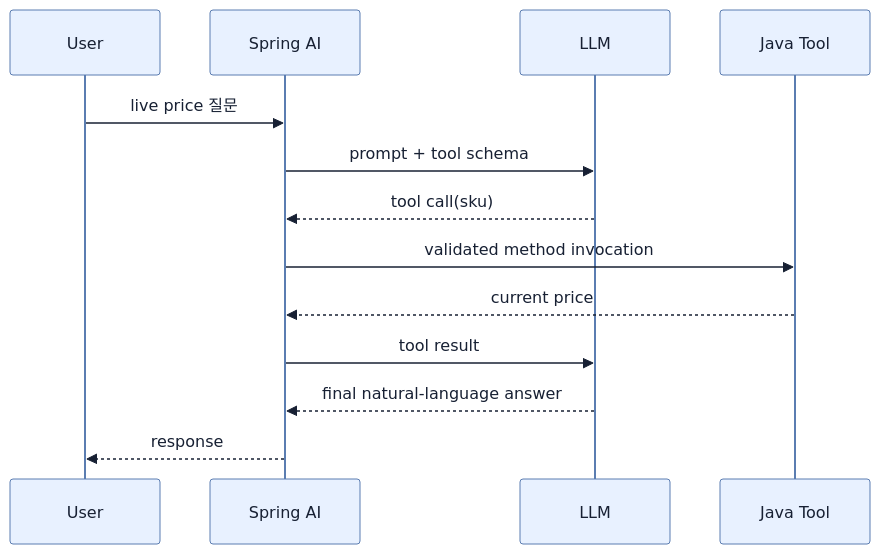
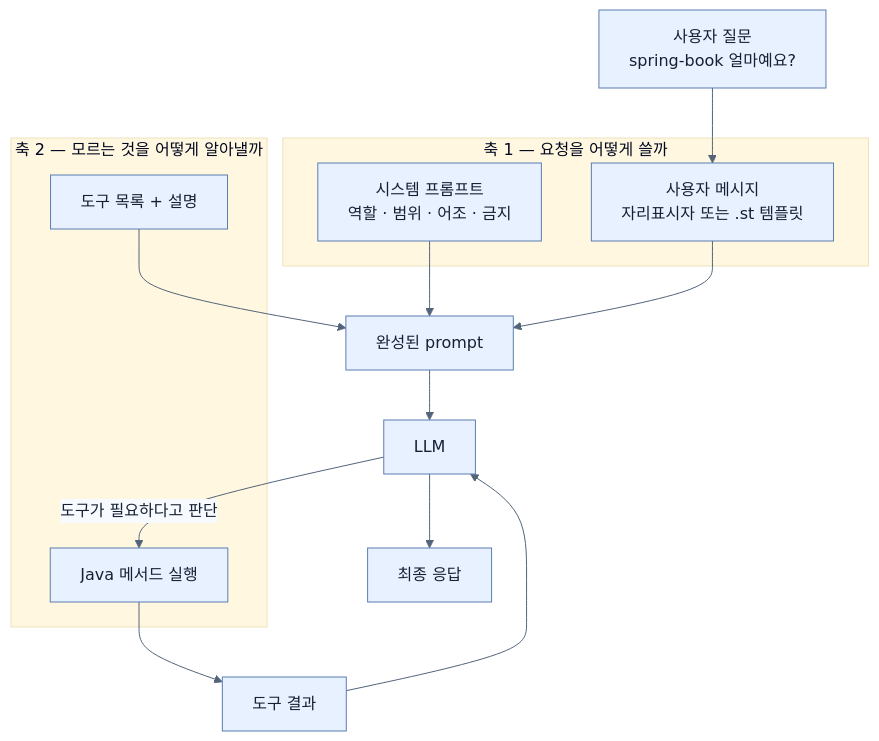
Before and after one commit to sing-u8/Learning_Spring_Boot_4: the diagram in spring-boot-4-pdf-notes/part-6-building-intelligent-applications-with-spring-ai/chapter-14-building-intelligent-applications-with-spring-ai/04-designing-prompts-and-tool-calling.md, drawn with Mermaid. The commit also changed other lines of this file and 253 other files, not shown here.

````diff
--- a/spring-boot-4-pdf-notes/part-6-building-intelligent-applications-with-spring-ai/chapter-14-building-intelligent-applications-with-spring-ai/04-designing-prompts-and-tool-calling.md
+++ b/spring-boot-4-pdf-notes/part-6-building-intelligent-applications-with-spring-ai/chapter-14-building-intelligent-applications-with-spring-ai/04-designing-prompts-and-tool-calling.md
@@ -41,16 +84,25 @@
 ```mermaid
 %%{init: {'theme': 'base', 'themeVariables': {'background': '#ffffff', 'primaryColor': '#e8f1ff', 'primaryTextColor': '#172033', 'primaryBorderColor': '#5b7db1', 'lineColor': '#52647a', 'secondaryColor': '#f7fbff', 'tertiaryColor': '#fff7df'}}}%%
-sequenceDiagram
-    participant U as User
-    participant A as Spring AI
-    participant M as LLM
-    participant T as Java Tool
-    U->>A: live price 질문
-    A->>M: prompt + tool schema
-    M-->>A: tool call(sku)
-    A->>T: validated method invocation
-    T-->>A: current price
-    A->>M: tool result
-    M-->>A: final natural-language answer
-    A-->>U: response
+flowchart TB
+    Q["사용자 질문<br/>spring-book 얼마예요?"]
+
+    subgraph AXIS1["축 1 — 요청을 어떻게 쓸까"]
+        SP["시스템 프롬프트<br/>역할 · 범위 · 어조 · 금지"]
+        UP["사용자 메시지<br/>자리표시자 또는 .st 템플릿"]
+    end
+
+    subgraph AXIS2["축 2 — 모르는 것을 어떻게 알아낼까"]
+        TD["도구 목록 + 설명"]
+        JM["Java 메서드 실행"]
+    end
+
+    Q --> UP
+    SP --> P["완성된 prompt"]
+    UP --> P
+    TD --> P
+    P --> M["LLM"]
+    M -->|"도구가 필요하다고 판단"| JM
+    JM --> TR["도구 결과"]
+    TR --> M
+    M --> R["최종 응답"]
 ```
````
